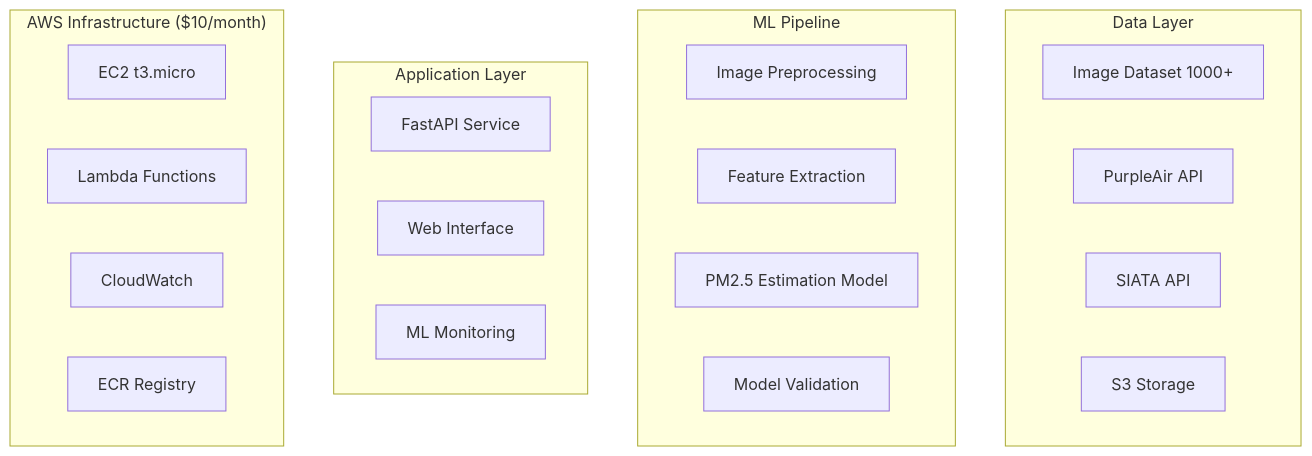
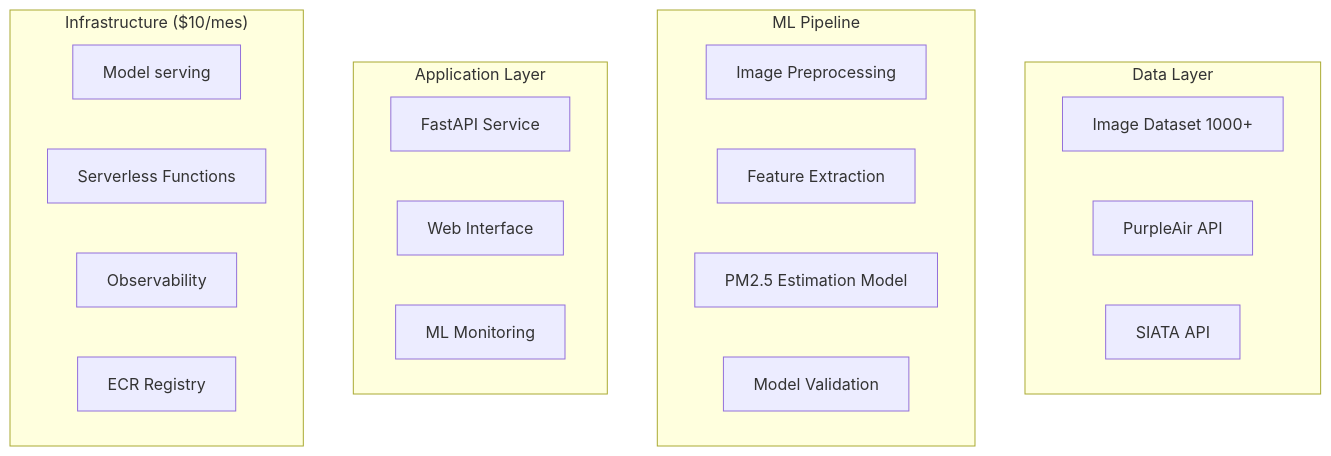
The diagram in guia.md (sasanchezramirez/2.5Vision), drawn with Mermaid before and after one commit. The commit also changed other lines of this file and 10 other files, not shown here.

````diff
--- a/guia.md
+++ b/guia.md
@@ -77,29 +73,28 @@
 ```mermaid
 graph TB
     subgraph "Data Layer"
         Dataset[Image Dataset 1000+]
         PurpleAir[PurpleAir API]
         SIATA[SIATA API]
-        S3[S3 Storage]
     end
 
     subgraph "ML Pipeline"
         Preprocessing[Image Preprocessing]
         Features[Feature Extraction]
         Model[PM2.5 Estimation Model]
         Validation[Model Validation]
     end
 
     subgraph "Application Layer"
         API[FastAPI Service]
         Web[Web Interface]
         Monitoring[ML Monitoring]
     end
 
-    subgraph "AWS Infrastructure ($10/month)"
-        EC2[EC2 t3.micro]
-        Lambda[Lambda Functions]
-        CloudWatch[CloudWatch]
+    subgraph " Infrastructure ($10/mes)"
+        Computing[Model serving]
+        Serverless[Serverless Functions]
+        Observability[Observability]
         ECR[ECR Registry]
     end
 ```
````
